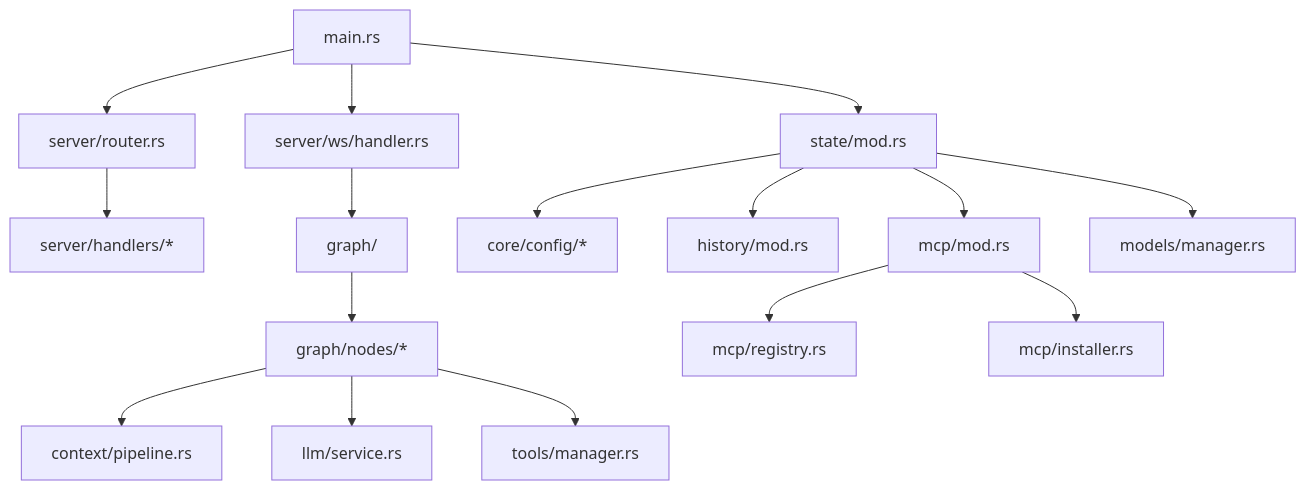
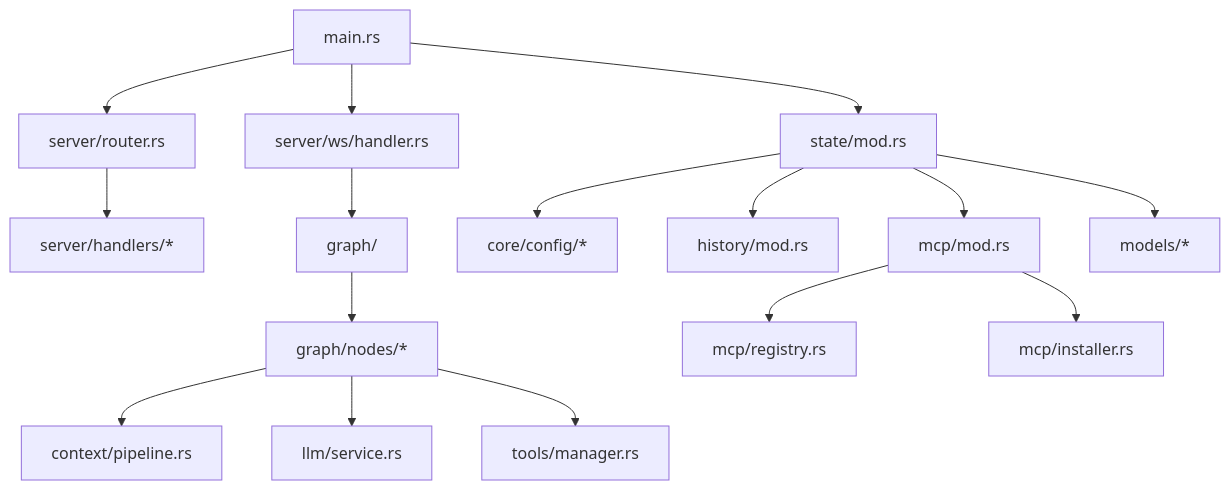
Before and after one commit to coco4atJP/Tepora-alpha: the second of 10 diagrams in docs/architecture/ARCHITECTURE.md, drawn with Mermaid. The commit also changed other lines of this file and 13 other files, not shown here.

````diff
--- a/docs/architecture/ARCHITECTURE.md
+++ b/docs/architecture/ARCHITECTURE.md
@@ -94,22 +94,22 @@
 ```mermaid
 graph TD
     Main[main.rs] --> Router[server/router.rs]
     Main --> WS[server/ws/handler.rs]
     Main --> State[state/mod.rs]
 
     Router --> Handlers[server/handlers/*]
     WS --> Graph[graph/]
 
     Graph --> Nodes[graph/nodes/*]
     Nodes --> Pipeline[context/pipeline.rs]
     Nodes --> LLM[llm/service.rs]
     Nodes --> Tools[tools/manager.rs]
 
     State --> Config[core/config/*]
     State --> History[history/mod.rs]
     State --> MCP[mcp/mod.rs]
-    State --> Models[models/manager.rs]
+    State --> Models[models/*]
 
     MCP --> McpRegistry[mcp/registry.rs]
     MCP --> McpInstaller[mcp/installer.rs]
 ```
````
